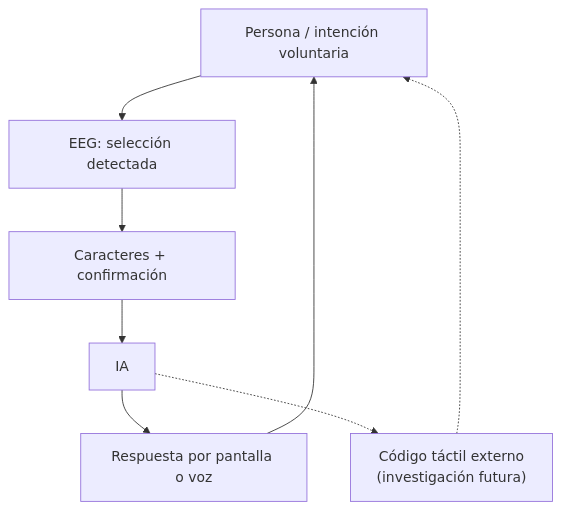
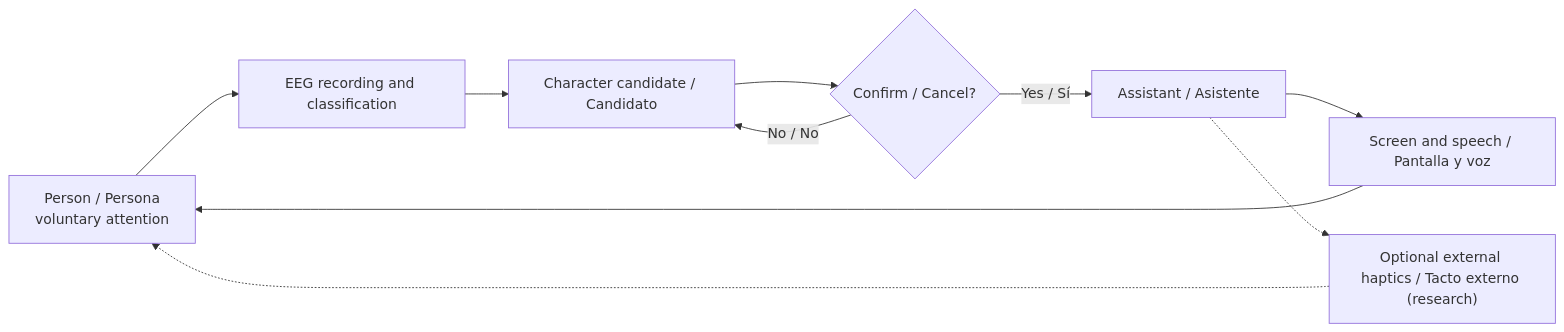
One commit to alvrichh/NeuroLink-AI changed the diagram in diagrams/ciclo-bidireccional.md. Above: the diagram before and after it, drawn with Mermaid. The commit also changed other lines of this file and 8 other files, not shown here.

Commit message:
docs: replace decorative landing visuals with engineering diagrams and licensed EEG photo references

````diff
--- a/diagrams/ciclo-bidireccional.md
+++ b/diagrams/ciclo-bidireccional.md
@@ -3,10 +5,14 @@
 ```mermaid
-flowchart TD
-    A["Persona / intención voluntaria"] --> B["EEG: selección detectada"]
-    B --> C["Caracteres + confirmación"]
-    C --> D["IA"]
-    D --> E["Respuesta por pantalla o voz"]
-    E --> A
-    D -.-> F["Código táctil externo<br/>(investigación futura)"]
-    F -.-> A
+flowchart LR
+  U["Person / Persona<br/>voluntary attention"]
+  C["EEG recording and classification"]
+  M["Character candidate / Candidato"]
+  V{"Confirm / Cancel?"}
+  A["Assistant / Asistente"]
+  O["Screen and speech / Pantalla y voz"]
+  H["Optional external haptics / Tacto externo (research)"]
+  U --> C --> M --> V
+  V -->|"Yes / Sí"| A --> O --> U
+  V -->|"No / No"| M
+  A -.-> H -.-> U
 ```
````
